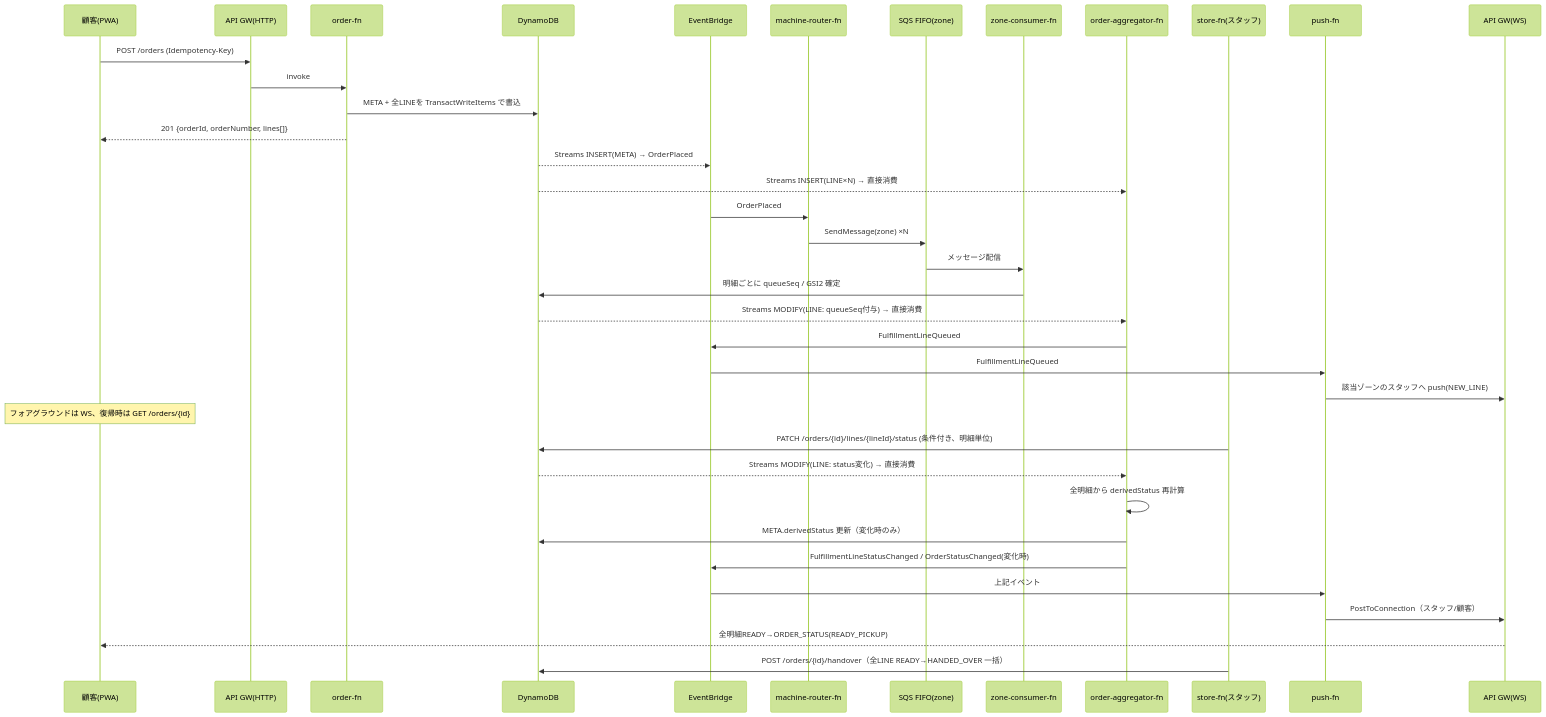
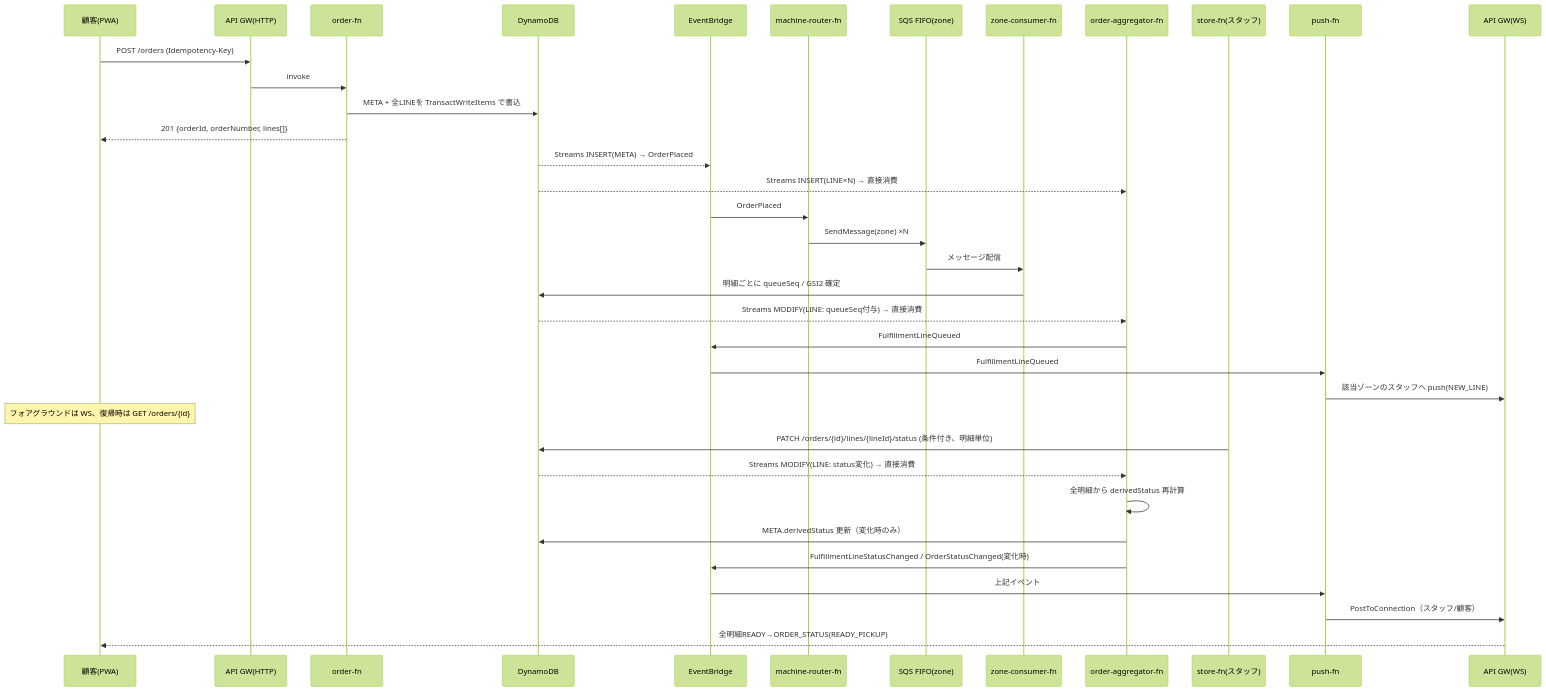
Before and after one commit to Masaharu1223/AWS_OrderSystem: the fourth of 4 diagrams in docs/architecture.md, drawn with Mermaid (forest theme). The commit also changed other lines of this file and 1 other file, not shown here.

First line of the commit message:
docs(architecture): queueSeq同期採番とHTTPポーリングへのMVP方針転換を反映

````diff
--- a/docs/architecture.md
+++ b/docs/architecture.md
@@ -534,40 +650,39 @@
 ```mermaid
 sequenceDiagram
     participant C as 顧客(PWA)
     participant H as API GW(HTTP)
     participant O as order-fn
     participant D as DynamoDB
     participant EB as EventBridge
     participant R as machine-router-fn
     participant Q as SQS FIFO(zone)
     participant Z as zone-consumer-fn
     participant A as order-aggregator-fn
     participant S as store-fn(スタッフ)
     participant P as push-fn
     participant W as API GW(WS)
 
     C->>H: POST /orders (Idempotency-Key)
     H->>O: invoke
     O->>D: META + 全LINEを TransactWriteItems で書込
     O-->>C: 201 {orderId, orderNumber, lines[]}
     D-->>EB: Streams INSERT(META) → OrderPlaced
     D-->>A: Streams INSERT(LINE×N) → 直接消費
     EB->>R: OrderPlaced
     R->>Q: SendMessage(zone) ×N
     Q->>Z: メッセージ配信
     Z->>D: 明細ごとに queueSeq / GSI2 確定
     D-->>A: Streams MODIFY(LINE: queueSeq付与) → 直接消費
     A->>EB: FulfillmentLineQueued
     EB->>P: FulfillmentLineQueued
     P->>W: 該当ゾーンのスタッフへ push(NEW_LINE)
     Note over C: フォアグラウンドは WS、復帰時は GET /orders/{id}
     S->>D: PATCH /orders/{id}/lines/{lineId}/status (条件付き、明細単位)
     D-->>A: Streams MODIFY(LINE: status変化) → 直接消費
     A->>A: 全明細から derivedStatus 再計算
     A->>D: META.derivedStatus 更新（変化時のみ）
     A->>EB: FulfillmentLineStatusChanged / OrderStatusChanged(変化時)
     EB->>P: 上記イベント
     P->>W: PostToConnection（スタッフ/顧客）
     W-->>C: 全明細READY→ORDER_STATUS(READY_PICKUP)
-    S->>D: POST /orders/{id}/handover（全LINE READY→HANDED_OVER 一括）
 ```
````
